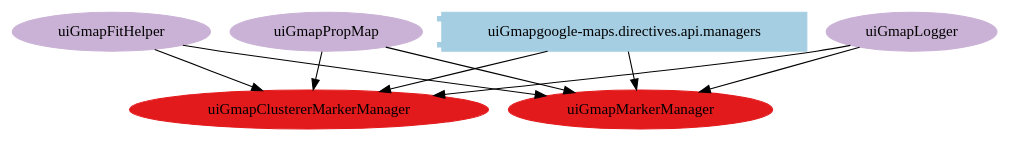
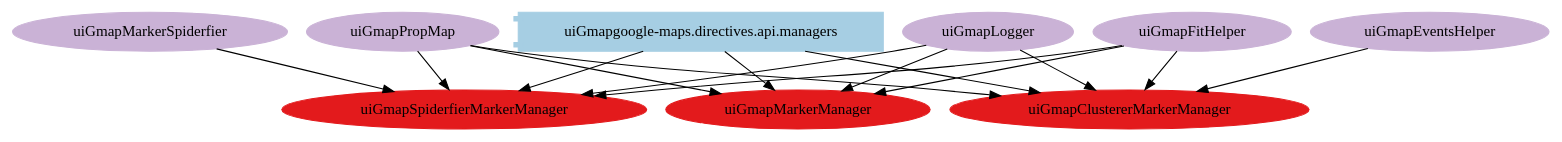
Before and after one commit to earlvanze/freebyk_mobile: the diagram in www/lib/angular-google-maps/dist/architecture/dot/modules/uiGmapgoogle-maps.directives.api.managers.dot, drawn with Graphviz. The commit also changed 36 other files, not shown here.

```diff
--- a/www/lib/angular-google-maps/dist/architecture/dot/modules/uiGmapgoogle-maps.directives.api.managers.dot
+++ b/www/lib/angular-google-maps/dist/architecture/dot/modules/uiGmapgoogle-maps.directives.api.managers.dot
@@ -1,77 +1,97 @@
 digraph dependencies {
   node[shape="component",style="filled",colorscheme=paired12]
 
 
     node[shape="component"]
     "uiGmapgoogle-maps.directives.api.managers"[label="uiGmapgoogle-maps.directives.api.managers", color=1]
 
     
 
 
     node[shape="ellipse"]
     
 
 
     
 
     
 
     
       "uiGmapClustererMarkerManager"[label="uiGmapClustererMarkerManager", color=6]
       "uiGmapgoogle-maps.directives.api.managers" -> "uiGmapClustererMarkerManager"
     
       "uiGmapMarkerManager"[label="uiGmapMarkerManager", color=6]
       "uiGmapgoogle-maps.directives.api.managers" -> "uiGmapMarkerManager"
+    
+      "uiGmapSpiderfierMarkerManager"[label="uiGmapSpiderfierMarkerManager", color=6]
+      "uiGmapgoogle-maps.directives.api.managers" -> "uiGmapSpiderfierMarkerManager"
     
 
     node[shape="cds"]
     
 
     
 
 
 
 
 
 
 
 
 
     node[shape="ellipse",style="filled", color=9]
     
 
     
 
 
     
 
     
 
     
       
         "uiGmapLogger"[label="uiGmapLogger"]
         "uiGmapLogger" -> "uiGmapClustererMarkerManager"
       
         "uiGmapFitHelper"[label="uiGmapFitHelper"]
         "uiGmapFitHelper" -> "uiGmapClustererMarkerManager"
       
         "uiGmapPropMap"[label="uiGmapPropMap"]
         "uiGmapPropMap" -> "uiGmapClustererMarkerManager"
       
+        "uiGmapEventsHelper"[label="uiGmapEventsHelper"]
+        "uiGmapEventsHelper" -> "uiGmapClustererMarkerManager"
+      
     
       
         "uiGmapLogger"[label="uiGmapLogger"]
         "uiGmapLogger" -> "uiGmapMarkerManager"
       
         "uiGmapFitHelper"[label="uiGmapFitHelper"]
         "uiGmapFitHelper" -> "uiGmapMarkerManager"
       
         "uiGmapPropMap"[label="uiGmapPropMap"]
         "uiGmapPropMap" -> "uiGmapMarkerManager"
       
     
+      
+        "uiGmapLogger"[label="uiGmapLogger"]
+        "uiGmapLogger" -> "uiGmapSpiderfierMarkerManager"
+      
+        "uiGmapFitHelper"[label="uiGmapFitHelper"]
+        "uiGmapFitHelper" -> "uiGmapSpiderfierMarkerManager"
+      
+        "uiGmapPropMap"[label="uiGmapPropMap"]
+        "uiGmapPropMap" -> "uiGmapSpiderfierMarkerManager"
+      
+        "uiGmapMarkerSpiderfier"[label="uiGmapMarkerSpiderfier"]
+        "uiGmapMarkerSpiderfier" -> "uiGmapSpiderfierMarkerManager"
+      
+    
 
     
 
 
 }
```
